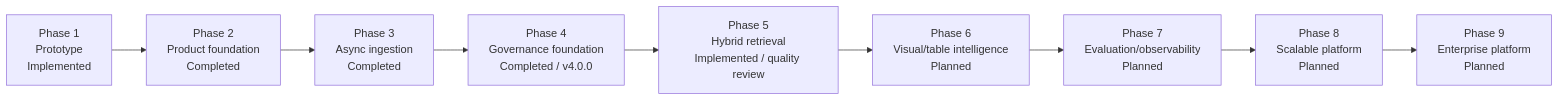
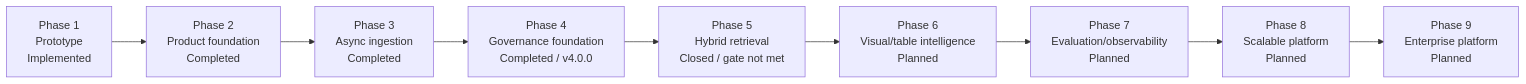
Before and after one commit to mvyas412/ai-projects: the second of 11 diagrams in mm-rag-full-stack-genai-bootcamp-3.0/docs/architecture/ARCHITECTURE.md, drawn with Mermaid. The commit also changed other lines of this file and 6 other files, not shown here.

````diff
--- a/mm-rag-full-stack-genai-bootcamp-3.0/docs/architecture/ARCHITECTURE.md
+++ b/mm-rag-full-stack-genai-bootcamp-3.0/docs/architecture/ARCHITECTURE.md
@@ -168,12 +170,12 @@
 ```mermaid
 flowchart LR
     p1["Phase 1<br/>Prototype<br/>Implemented"] -->
     p2["Phase 2<br/>Product foundation<br/>Completed"] -->
     p3["Phase 3<br/>Async ingestion<br/>Completed"] -->
     p4["Phase 4<br/>Governance foundation<br/>Completed / v4.0.0"] -->
-    p5["Phase 5<br/>Hybrid retrieval<br/>Implemented / quality review"] -->
+    p5["Phase 5<br/>Hybrid retrieval<br/>Closed / gate not met"] -->
     p6["Phase 6<br/>Visual/table intelligence<br/>Planned"] -->
     p7["Phase 7<br/>Evaluation/observability<br/>Planned"] -->
     p8["Phase 8<br/>Scalable platform<br/>Planned"] -->
     p9["Phase 9<br/>Enterprise platform<br/>Planned"]
 ```
````
